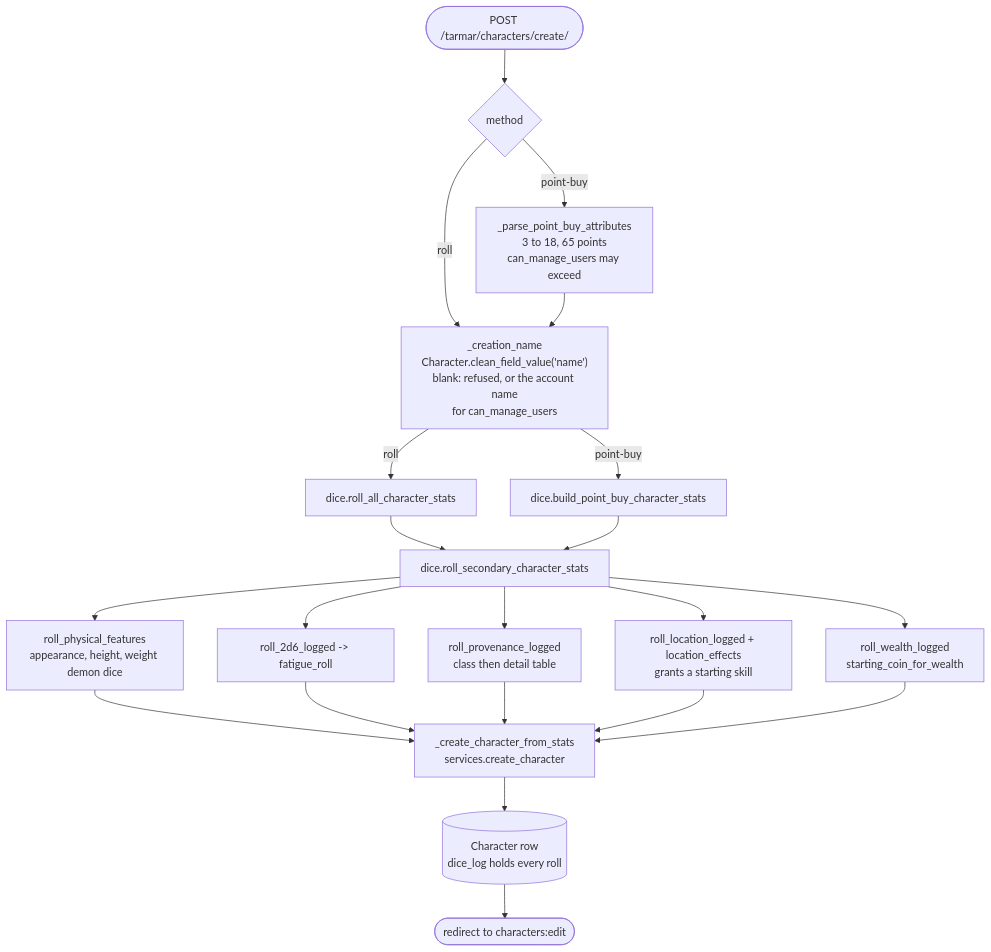
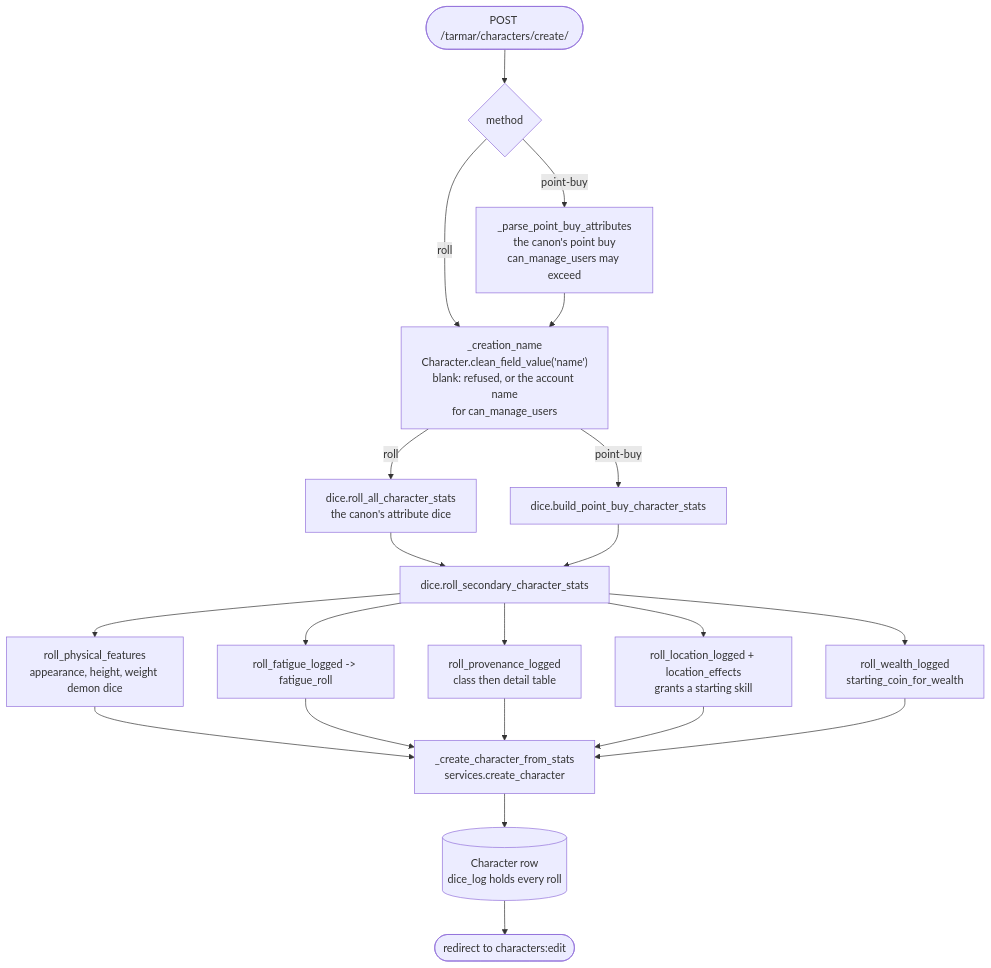
One commit to smarks/tarmar-studio changed the fifth of 18 diagrams in docs/architecture.md. Above: the diagram before and after it, drawn with Mermaid. The commit also changed other lines of this file and 15 other files, not shown here.

First line of the commit message:
Take the attribute dice from the canon, prove creation follows it end to end, and say so in the docs (#59)

````diff
--- a/docs/architecture.md
+++ b/docs/architecture.md
@@ -421,23 +431,23 @@
 ```mermaid
 flowchart TD
     start(["POST /tarmar/characters/create/"]) --> which{"method"}
     which -->|"roll"| name
-    which -->|"point-buy"| parse["_parse_point_buy_attributes<br/>3 to 18, 65 points<br/>can_manage_users may exceed"]
+    which -->|"point-buy"| parse["_parse_point_buy_attributes<br/>the canon's point buy<br/>can_manage_users may exceed"]
     parse --> name["_creation_name<br/>Character.clean_field_value('name')<br/>blank: refused, or the account name<br/>for can_manage_users"]
-    name -->|"roll"| rollall["dice.roll_all_character_stats"]
+    name -->|"roll"| rollall["dice.roll_all_character_stats<br/>the canon's attribute dice"]
     name -->|"point-buy"| build["dice.build_point_buy_character_stats"]
     rollall --> sec
     build --> sec["dice.roll_secondary_character_stats"]
     sec --> feat["roll_physical_features<br/>appearance, height, weight demon dice"]
-    sec --> fat["roll_2d6_logged -> fatigue_roll"]
+    sec --> fat["roll_fatigue_logged -> fatigue_roll"]
     sec --> prov["roll_provenance_logged<br/>class then detail table"]
     sec --> loc["roll_location_logged + location_effects<br/>grants a starting skill"]
     sec --> wealth["roll_wealth_logged<br/>starting_coin_for_wealth"]
     feat --> create
     fat --> create
     prov --> create
     loc --> create
     wealth --> create["_create_character_from_stats<br/>services.create_character"]
     create --> row[("Character row<br/>dice_log holds every roll")]
     row --> edit(["redirect to characters:edit"])
 ```
````
